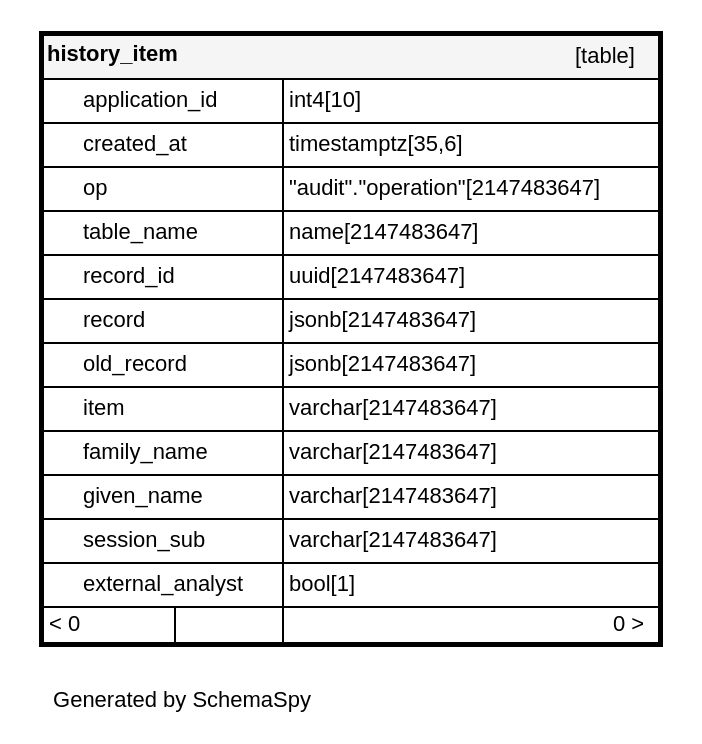
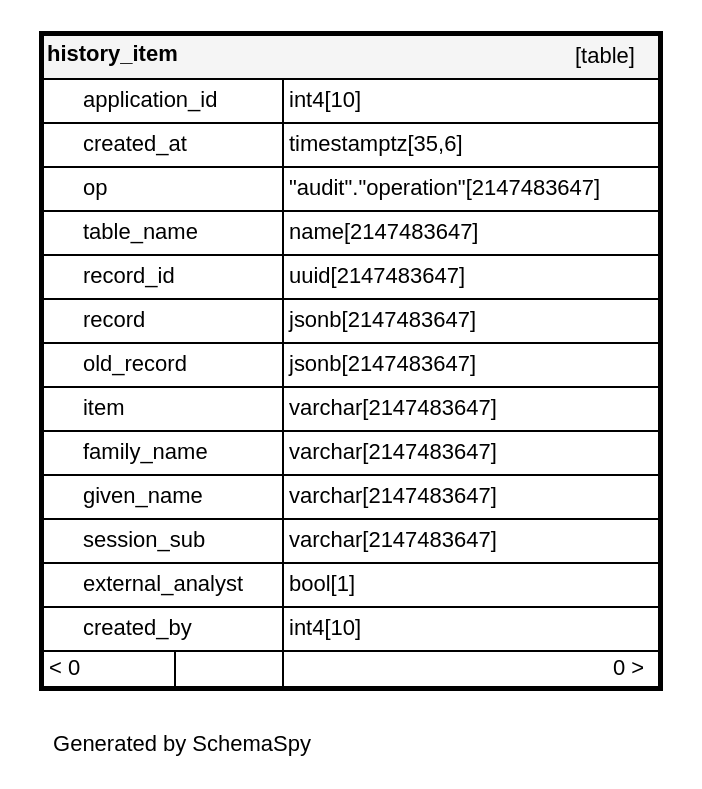
The diagram in schemaspy/ccbc_public/diagrams/tables/history_item.1degree.dot (bcgov/CONN-CCBC-portal), drawn with Graphviz before and after one commit. The commit also changed 279 other files, not shown here.

```diff
--- a/schemaspy/ccbc_public/diagrams/tables/history_item.1degree.dot
+++ b/schemaspy/ccbc_public/diagrams/tables/history_item.1degree.dot
@@ -1,25 +1,26 @@
 digraph "oneDegreeRelationshipsDiagram" {
   graph [    rankdir="RL"    bgcolor="#ffffff"    label="\nGenerated by SchemaSpy"    labeljust="l"    nodesep="0.18"    ranksep="0.46"    fontname="Helvetica"    fontsize="11"    ration="compress"  ];  node [    fontname="Helvetica"    fontsize="11"    shape="plaintext"  ];  edge [    arrowsize="0.8"  ];
   "history_item" [
    label=<
     <TABLE BORDER="2" CELLBORDER="1" CELLSPACING="0" BGCOLOR="#ffffff">
       <TR><TD COLSPAN="4"  BGCOLOR="#f5f5f5"><TABLE BORDER="0" CELLSPACING="0"><TR><TD ALIGN="LEFT" FIXEDSIZE="TRUE" WIDTH="75" HEIGHT="16"><B>history_item</B></TD><TD ALIGN="RIGHT">[table]</TD></TR></TABLE></TD></TR>
       <TR><TD PORT="application_id" COLSPAN="2" BGCOLOR="#ffffff" ALIGN="LEFT"><TABLE BORDER="0" CELLSPACING="0" ALIGN="LEFT"><TR ALIGN="LEFT"><TD ALIGN="LEFT" FIXEDSIZE="TRUE" WIDTH="15" HEIGHT="16"></TD><TD ALIGN="LEFT" FIXEDSIZE="TRUE" WIDTH="99" HEIGHT="16">application_id</TD></TR></TABLE></TD><TD PORT="application_id.type" ALIGN="LEFT">int4[10]</TD></TR>
       <TR><TD PORT="created_at" COLSPAN="2" ALIGN="LEFT"><TABLE BORDER="0" CELLSPACING="0" ALIGN="LEFT"><TR ALIGN="LEFT"><TD ALIGN="LEFT" FIXEDSIZE="TRUE" WIDTH="15" HEIGHT="16"></TD><TD ALIGN="LEFT" FIXEDSIZE="TRUE" WIDTH="99" HEIGHT="16">created_at</TD></TR></TABLE></TD><TD PORT="created_at.type" ALIGN="LEFT">timestamptz[35,6]</TD></TR>
       <TR><TD PORT="op" COLSPAN="2" ALIGN="LEFT"><TABLE BORDER="0" CELLSPACING="0" ALIGN="LEFT"><TR ALIGN="LEFT"><TD ALIGN="LEFT" FIXEDSIZE="TRUE" WIDTH="15" HEIGHT="16"></TD><TD ALIGN="LEFT" FIXEDSIZE="TRUE" WIDTH="99" HEIGHT="16">op</TD></TR></TABLE></TD><TD PORT="op.type" ALIGN="LEFT">&quot;audit&quot;.&quot;operation&quot;[2147483647]</TD></TR>
       <TR><TD PORT="table_name" COLSPAN="2" ALIGN="LEFT"><TABLE BORDER="0" CELLSPACING="0" ALIGN="LEFT"><TR ALIGN="LEFT"><TD ALIGN="LEFT" FIXEDSIZE="TRUE" WIDTH="15" HEIGHT="16"></TD><TD ALIGN="LEFT" FIXEDSIZE="TRUE" WIDTH="99" HEIGHT="16">table_name</TD></TR></TABLE></TD><TD PORT="table_name.type" ALIGN="LEFT">name[2147483647]</TD></TR>
       <TR><TD PORT="record_id" COLSPAN="2" ALIGN="LEFT"><TABLE BORDER="0" CELLSPACING="0" ALIGN="LEFT"><TR ALIGN="LEFT"><TD ALIGN="LEFT" FIXEDSIZE="TRUE" WIDTH="15" HEIGHT="16"></TD><TD ALIGN="LEFT" FIXEDSIZE="TRUE" WIDTH="99" HEIGHT="16">record_id</TD></TR></TABLE></TD><TD PORT="record_id.type" ALIGN="LEFT">uuid[2147483647]</TD></TR>
       <TR><TD PORT="record" COLSPAN="2" ALIGN="LEFT"><TABLE BORDER="0" CELLSPACING="0" ALIGN="LEFT"><TR ALIGN="LEFT"><TD ALIGN="LEFT" FIXEDSIZE="TRUE" WIDTH="15" HEIGHT="16"></TD><TD ALIGN="LEFT" FIXEDSIZE="TRUE" WIDTH="99" HEIGHT="16">record</TD></TR></TABLE></TD><TD PORT="record.type" ALIGN="LEFT">jsonb[2147483647]</TD></TR>
       <TR><TD PORT="old_record" COLSPAN="2" ALIGN="LEFT"><TABLE BORDER="0" CELLSPACING="0" ALIGN="LEFT"><TR ALIGN="LEFT"><TD ALIGN="LEFT" FIXEDSIZE="TRUE" WIDTH="15" HEIGHT="16"></TD><TD ALIGN="LEFT" FIXEDSIZE="TRUE" WIDTH="99" HEIGHT="16">old_record</TD></TR></TABLE></TD><TD PORT="old_record.type" ALIGN="LEFT">jsonb[2147483647]</TD></TR>
       <TR><TD PORT="item" COLSPAN="2" ALIGN="LEFT"><TABLE BORDER="0" CELLSPACING="0" ALIGN="LEFT"><TR ALIGN="LEFT"><TD ALIGN="LEFT" FIXEDSIZE="TRUE" WIDTH="15" HEIGHT="16"></TD><TD ALIGN="LEFT" FIXEDSIZE="TRUE" WIDTH="99" HEIGHT="16">item</TD></TR></TABLE></TD><TD PORT="item.type" ALIGN="LEFT">varchar[2147483647]</TD></TR>
       <TR><TD PORT="family_name" COLSPAN="2" ALIGN="LEFT"><TABLE BORDER="0" CELLSPACING="0" ALIGN="LEFT"><TR ALIGN="LEFT"><TD ALIGN="LEFT" FIXEDSIZE="TRUE" WIDTH="15" HEIGHT="16"></TD><TD ALIGN="LEFT" FIXEDSIZE="TRUE" WIDTH="99" HEIGHT="16">family_name</TD></TR></TABLE></TD><TD PORT="family_name.type" ALIGN="LEFT">varchar[2147483647]</TD></TR>
       <TR><TD PORT="given_name" COLSPAN="2" ALIGN="LEFT"><TABLE BORDER="0" CELLSPACING="0" ALIGN="LEFT"><TR ALIGN="LEFT"><TD ALIGN="LEFT" FIXEDSIZE="TRUE" WIDTH="15" HEIGHT="16"></TD><TD ALIGN="LEFT" FIXEDSIZE="TRUE" WIDTH="99" HEIGHT="16">given_name</TD></TR></TABLE></TD><TD PORT="given_name.type" ALIGN="LEFT">varchar[2147483647]</TD></TR>
       <TR><TD PORT="session_sub" COLSPAN="2" ALIGN="LEFT"><TABLE BORDER="0" CELLSPACING="0" ALIGN="LEFT"><TR ALIGN="LEFT"><TD ALIGN="LEFT" FIXEDSIZE="TRUE" WIDTH="15" HEIGHT="16"></TD><TD ALIGN="LEFT" FIXEDSIZE="TRUE" WIDTH="99" HEIGHT="16">session_sub</TD></TR></TABLE></TD><TD PORT="session_sub.type" ALIGN="LEFT">varchar[2147483647]</TD></TR>
       <TR><TD PORT="external_analyst" COLSPAN="2" ALIGN="LEFT"><TABLE BORDER="0" CELLSPACING="0" ALIGN="LEFT"><TR ALIGN="LEFT"><TD ALIGN="LEFT" FIXEDSIZE="TRUE" WIDTH="15" HEIGHT="16"></TD><TD ALIGN="LEFT" FIXEDSIZE="TRUE" WIDTH="99" HEIGHT="16">external_analyst</TD></TR></TABLE></TD><TD PORT="external_analyst.type" ALIGN="LEFT">bool[1]</TD></TR>
+      <TR><TD PORT="created_by" COLSPAN="2" ALIGN="LEFT"><TABLE BORDER="0" CELLSPACING="0" ALIGN="LEFT"><TR ALIGN="LEFT"><TD ALIGN="LEFT" FIXEDSIZE="TRUE" WIDTH="15" HEIGHT="16"></TD><TD ALIGN="LEFT" FIXEDSIZE="TRUE" WIDTH="99" HEIGHT="16">created_by</TD></TR></TABLE></TD><TD PORT="created_by.type" ALIGN="LEFT">int4[10]</TD></TR>
       <TR><TD ALIGN="LEFT" BGCOLOR="#ffffff">&lt; 0</TD><TD ALIGN="RIGHT" BGCOLOR="#ffffff">  </TD><TD ALIGN="RIGHT" BGCOLOR="#ffffff">0 &gt;</TD></TR>
     </TABLE>>
     URL="history_item.html"
     target="_top"
     tooltip="history_item"
   ];
 }
```
